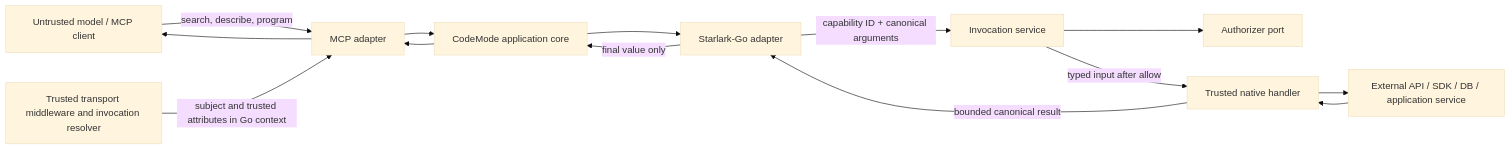
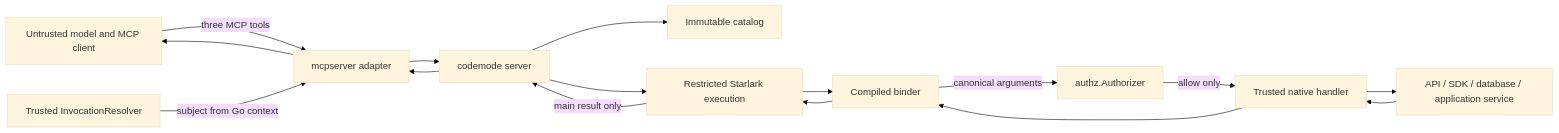
One commit to meigma/codemode changed the diagram in .journal/001/ARCHITECTURE.md. Above: the diagram before and after it, drawn with Mermaid (base theme). The commit also changed other lines of this file and 1 other file, not shown here.

Commit message:
docs(journal): simplify CodeMode architecture

````diff
--- a/.journal/001/ARCHITECTURE.md
+++ b/.journal/001/ARCHITECTURE.md
@@ -88,26 +84,29 @@
 ```mermaid
 flowchart LR
-    Model[Untrusted model / MCP client]
-    MCP[MCP adapter]
-    Authn[Trusted transport middleware and invocation resolver]
-    App[CodeMode application core]
-    Star[Starlark-Go adapter]
-    Invoke[Invocation service]
-    Authz[Authorizer port]
+    Client[Untrusted model and MCP client]
+    MCP[mcpserver adapter]
+    Resolver[Trusted InvocationResolver]
+    Server[codemode server]
+    Catalog[Immutable catalog]
+    Runtime[Restricted Starlark execution]
+    Binder[Compiled binder]
+    Authz[authz.Authorizer]
     Handler[Trusted native handler]
-    Service[External API / SDK / DB / application service]
+    Service[API / SDK / database / application service]
 
-    Model -->|search, describe, program| MCP
-    Authn -->|subject and trusted attributes in Go context| MCP
-    MCP --> App
-    App --> Star
-    Star -->|capability ID + canonical arguments| Invoke
-    Invoke --> Authz
-    Invoke -->|typed input after allow| Handler
+    Client -->|three MCP tools| MCP
+    Resolver -->|subject from Go context| MCP
+    MCP --> Server
+    Server --> Catalog
+    Server --> Runtime
+    Runtime --> Binder
+    Binder -->|canonical arguments| Authz
+    Authz -->|allow only| Handler
     Handler --> Service
     Service --> Handler
-    Handler -->|bounded canonical result| Star
-    Star -->|final value only| App
-    App --> MCP
-    MCP --> Model
+    Handler --> Binder
+    Binder --> Runtime
+    Runtime -->|main result only| Server
+    Server --> MCP
+    MCP --> Client
 ```
````
